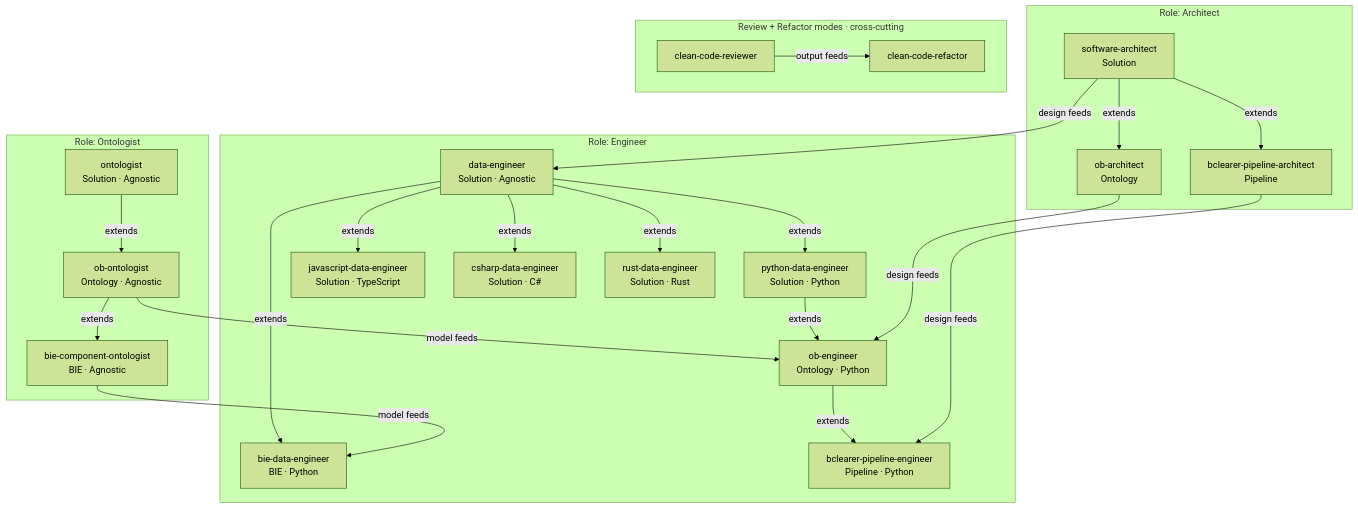
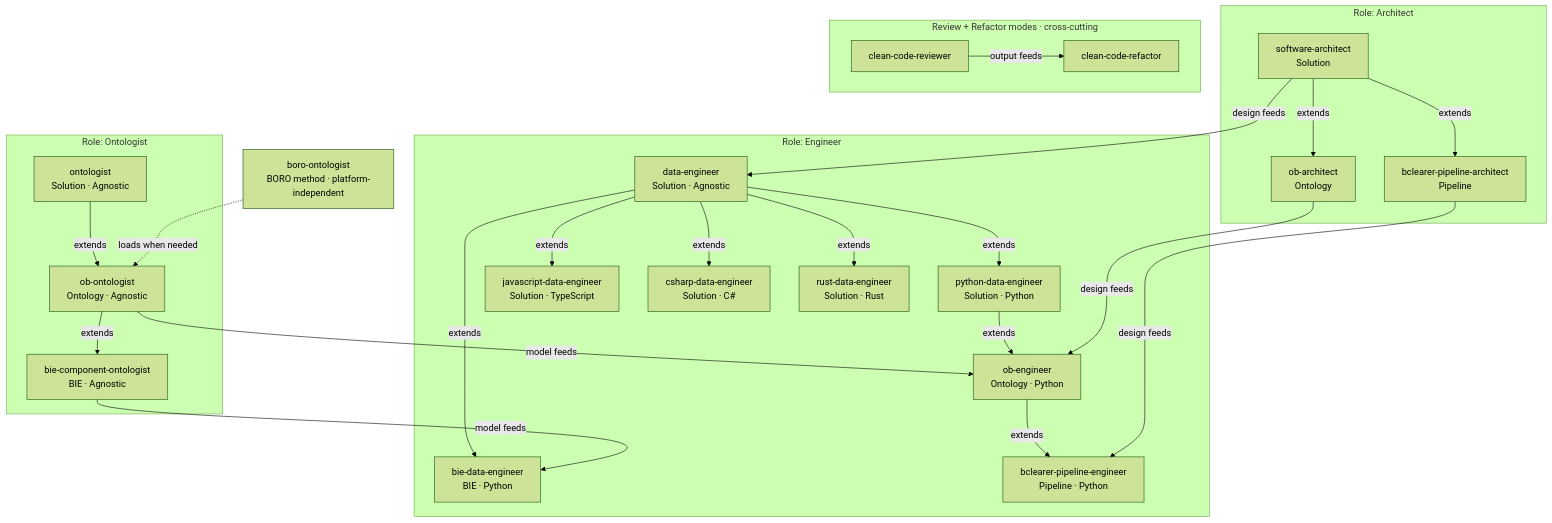
Before and after one commit to OntoLedgy/ol_ai_context_library: the third of 3 diagrams in skills/SKILL-ARCHITECTURE.md, drawn with Mermaid (forest theme). The commit also changed other lines of this file and 22 other files, not shown here.

Commit message:
docs(skills): link boro ontologist into ob flow

````diff
--- a/skills/SKILL-ARCHITECTURE.md
+++ b/skills/SKILL-ARCHITECTURE.md
@@ -247,49 +249,52 @@
 ```mermaid
 flowchart TD
     subgraph Architect["Role: Architect"]
         SA[software-architect\nSolution]
         BCL_A[bclearer-pipeline-architect\nPipeline]
         OB_A[ob-architect\nOntology]
         SA -->|"extends"| BCL_A
         SA -->|"extends"| OB_A
     end
 
     subgraph Ontologist["Role: Ontologist"]
         ONT[ontologist\nSolution · Agnostic]
         OB_ONT[ob-ontologist\nOntology · Agnostic]
         BCO[bie-component-ontologist\nBIE · Agnostic]
         ONT -->|"extends"| OB_ONT
         OB_ONT -->|"extends"| BCO
     end
+
+    BORO_CORE[boro-ontologist\nBORO method · platform-independent]
 
     subgraph Engineer["Role: Engineer"]
         DE[data-engineer\nSolution · Agnostic]
         PY[python-data-engineer\nSolution · Python]
         JS[javascript-data-engineer\nSolution · TypeScript]
         CS[csharp-data-engineer\nSolution · C#]
         RS[rust-data-engineer\nSolution · Rust]
         BIE_E[bie-data-engineer\nBIE · Python]
         OB_E[ob-engineer\nOntology · Python]
         BCL_E[bclearer-pipeline-engineer\nPipeline · Python]
 
         DE -->|"extends"| PY
         DE -->|"extends"| JS
         DE -->|"extends"| CS
         DE -->|"extends"| RS
         DE -->|"extends"| BIE_E
         PY -->|"extends"| OB_E
         OB_E -->|"extends"| BCL_E
     end
 
     subgraph Quality["Review + Refactor modes · cross-cutting"]
         CCR[clean-code-reviewer]
         CCRF[clean-code-refactor]
         CCR -->|"output feeds"| CCRF
     end
 
     SA -->|"design feeds"| DE
     BCL_A -->|"design feeds"| BCL_E
     OB_A -->|"design feeds"| OB_E
+    BORO_CORE -.->|"loads when needed"| OB_ONT
     OB_ONT -->|"model feeds"| OB_E
     BCO -->|"model feeds"| BIE_E
 ```
````
